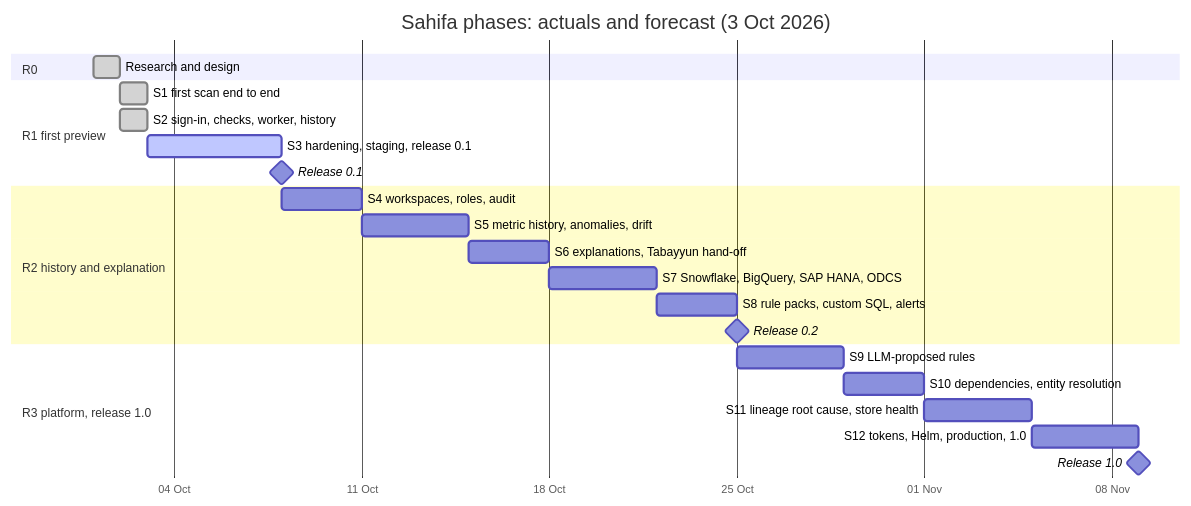
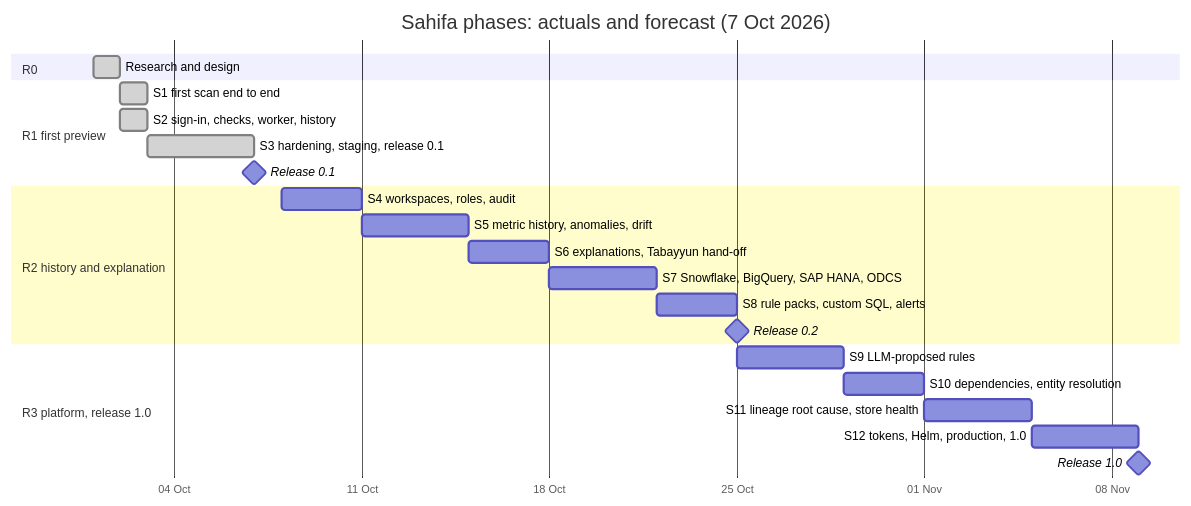
One commit to Sira-Labs/Sahifa changed the diagram in docs/roadmap/roadmap.md. Above: the diagram before and after it, drawn with Mermaid. The commit also changed other lines of this file and 5 other files, not shown here.

````diff
--- a/docs/roadmap/roadmap.md
+++ b/docs/roadmap/roadmap.md
@@ -56,26 +56,26 @@
 ```mermaid
 gantt
-  title Sahifa phases: actuals and forecast (3 Oct 2026)
+  title Sahifa phases: actuals and forecast (7 Oct 2026)
   dateFormat YYYY-MM-DD
   axisFormat %d %b
   section R0
   Research and design                      :done, r0, 2026-10-01, 2026-10-02
   section R1 first preview
   S1 first scan end to end                 :done, s1, 2026-10-02, 1d
   S2 sign-in, checks, worker, history      :done, s2, 2026-10-02, 2026-10-03
-  S3 hardening, staging, release 0.1       :active, s3, 2026-10-03, 2026-10-08
-  Release 0.1                              :milestone, v01, 2026-10-08, 0d
+  S3 hardening, staging, release 0.1       :done, s3, 2026-10-03, 2026-10-07
+  Release 0.1                              :milestone, v01, 2026-10-07, 0d
   section R2 history and explanation
   S4 workspaces, roles, audit              :s4, 2026-10-08, 3d
   S5 metric history, anomalies, drift      :s5, after s4, 4d
   S6 explanations, Tabayyun hand-off       :s6, after s5, 3d
   S7 Snowflake, BigQuery, SAP HANA, ODCS   :s7, after s6, 4d
   S8 rule packs, custom SQL, alerts        :s8, after s7, 3d
   Release 0.2                              :milestone, v02, after s8, 0d
   section R3 platform, release 1.0
   S9 LLM-proposed rules                    :s9, after s8, 4d
   S10 dependencies, entity resolution      :s10, after s9, 3d
   S11 lineage root cause, store health     :s11, after s10, 4d
   S12 tokens, Helm, production, 1.0        :s12, after s11, 4d
   Release 1.0                              :milestone, v10, after s12, 0d
 ```
````
